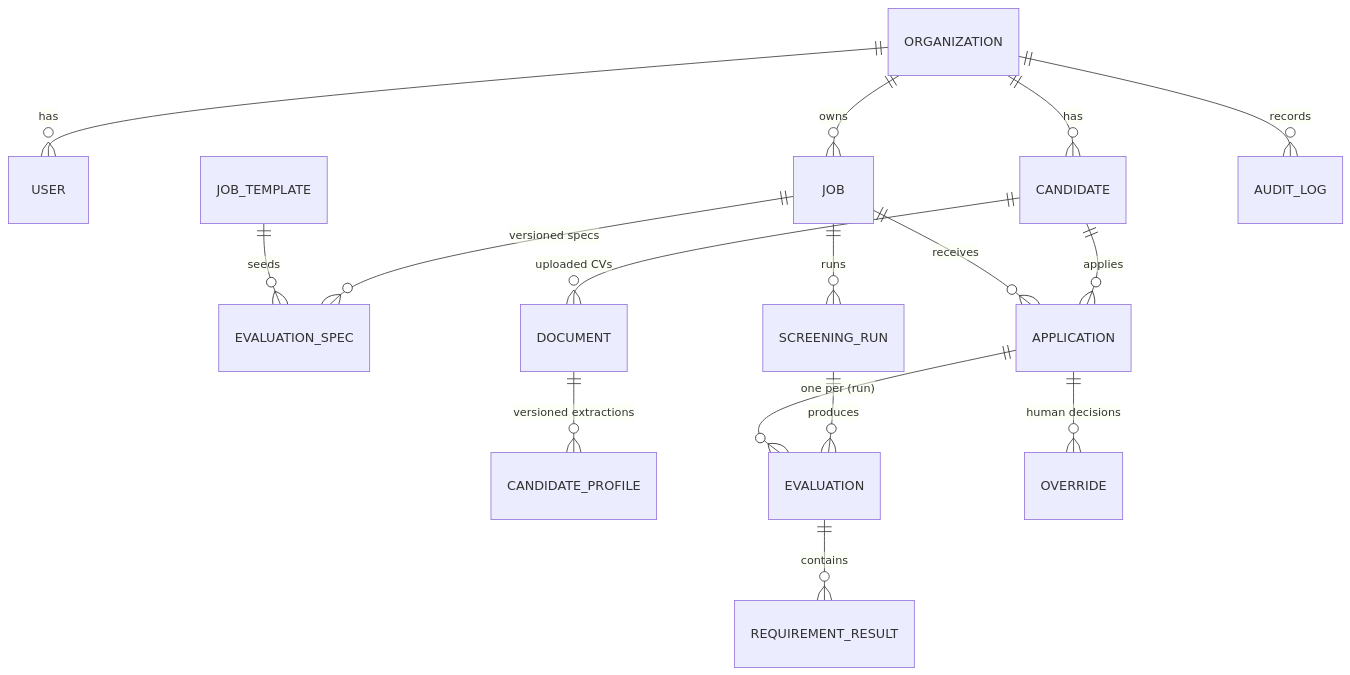
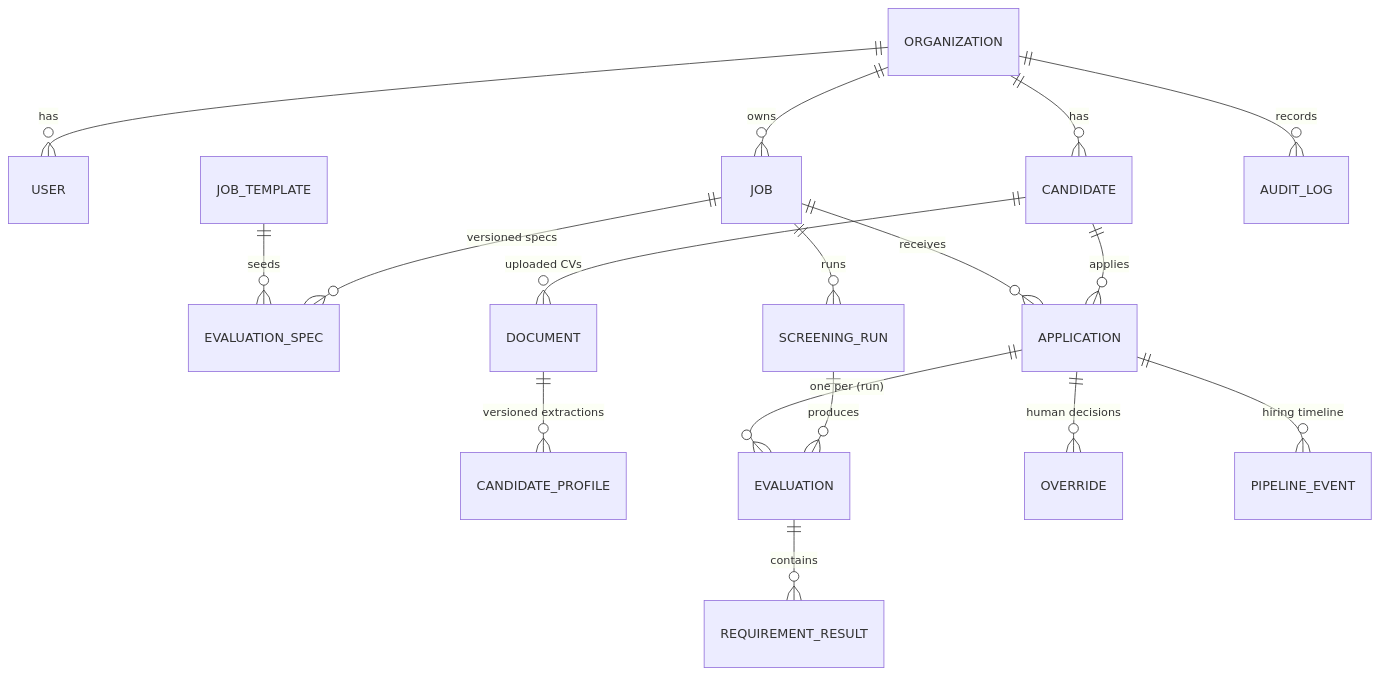
Before and after one commit to ugurtufekci/sentHire: the diagram in docs/03-data-model.md, drawn with Mermaid. The commit also changed other lines of this file and 5 other files, not shown here.

````diff
--- a/docs/03-data-model.md
+++ b/docs/03-data-model.md
@@ -16,18 +16,19 @@
 ```mermaid
 erDiagram
     ORGANIZATION ||--o{ USER : has
     ORGANIZATION ||--o{ JOB : owns
     JOB ||--o{ EVALUATION_SPEC : "versioned specs"
     JOB_TEMPLATE ||--o{ EVALUATION_SPEC : seeds
     ORGANIZATION ||--o{ CANDIDATE : has
     CANDIDATE ||--o{ DOCUMENT : "uploaded CVs"
     DOCUMENT ||--o{ CANDIDATE_PROFILE : "versioned extractions"
     CANDIDATE ||--o{ APPLICATION : applies
     JOB ||--o{ APPLICATION : receives
     JOB ||--o{ SCREENING_RUN : runs
     SCREENING_RUN ||--o{ EVALUATION : produces
     APPLICATION ||--o{ EVALUATION : "one per (run)"
     EVALUATION ||--o{ REQUIREMENT_RESULT : contains
     APPLICATION ||--o{ OVERRIDE : "human decisions"
+    APPLICATION ||--o{ PIPELINE_EVENT : "hiring timeline"
     ORGANIZATION ||--o{ AUDIT_LOG : records
 ```
````
